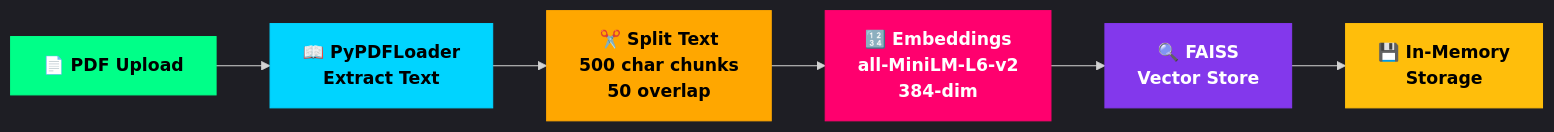
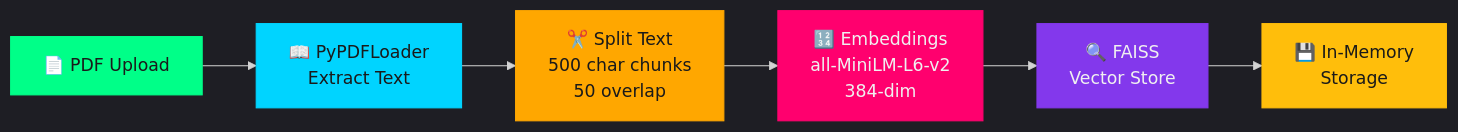
One commit to farazmirzax/ContextAI changed the second of 3 diagrams in README.md. Above: the diagram before and after it, drawn with Mermaid. The commit also changed other lines of this file, not shown here.

````diff
--- a/README.md
+++ b/README.md
@@ -69,16 +69,16 @@
 ```mermaid
 %%{init: {'theme':'dark'}}%%
 graph LR
     A["📄 PDF Upload"] --> B["📖 PyPDFLoader<br/>Extract Text"]
     B --> C["✂️ Split Text<br/>500 char chunks<br/>50 overlap"]
     C --> D["🔢 Embeddings<br/>all-MiniLM-L6-v2<br/>384-dim"]
     D --> E["🔍 FAISS<br/>Vector Store"]
     E --> F["💾 In-Memory<br/>Storage"]
     
-    style A fill:#00ff88,stroke:#00ff88,color:#000,font-weight:bold
-    style B fill:#00d4ff,stroke:#00d4ff,color:#000,font-weight:bold
-    style C fill:#ffa700,stroke:#ffa700,color:#000,font-weight:bold
-    style D fill:#ff006e,stroke:#ff006e,color:#fff,font-weight:bold
-    style E fill:#8338ec,stroke:#8338ec,color:#fff,font-weight:bold
-    style F fill:#ffbe0b,stroke:#ffbe0b,color:#000,font-weight:bold
+    style A fill:#00ff88,stroke:#00ff88,color:#1a1a1a
+    style B fill:#00d4ff,stroke:#00d4ff,color:#1a1a1a
+    style C fill:#ffa700,stroke:#ffa700,color:#1a1a1a
+    style D fill:#ff006e,stroke:#ff006e,color:#f0f0f0
+    style E fill:#8338ec,stroke:#8338ec,color:#f0f0f0
+    style F fill:#ffbe0b,stroke:#ffbe0b,color:#1a1a1a
 ```
````
